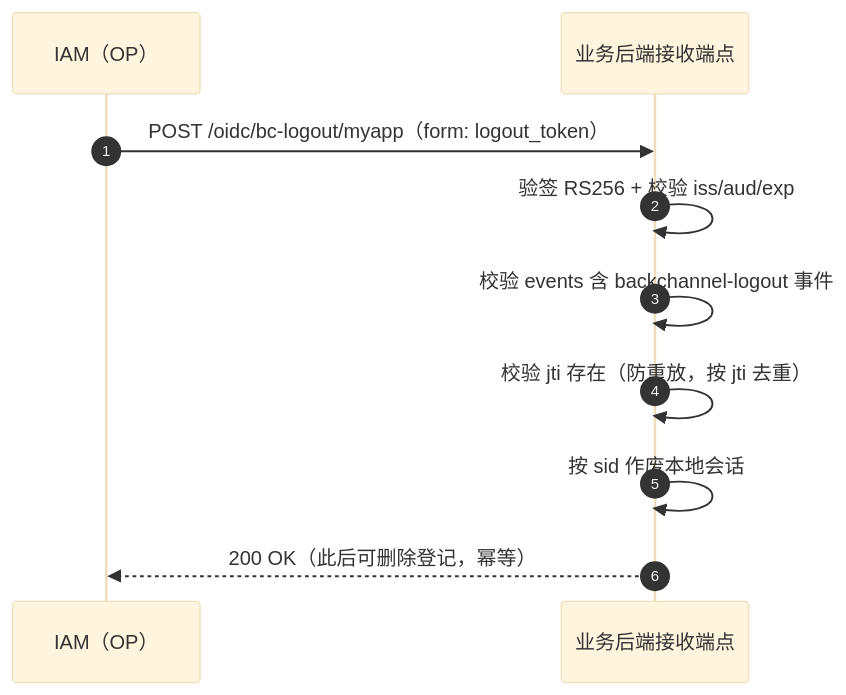
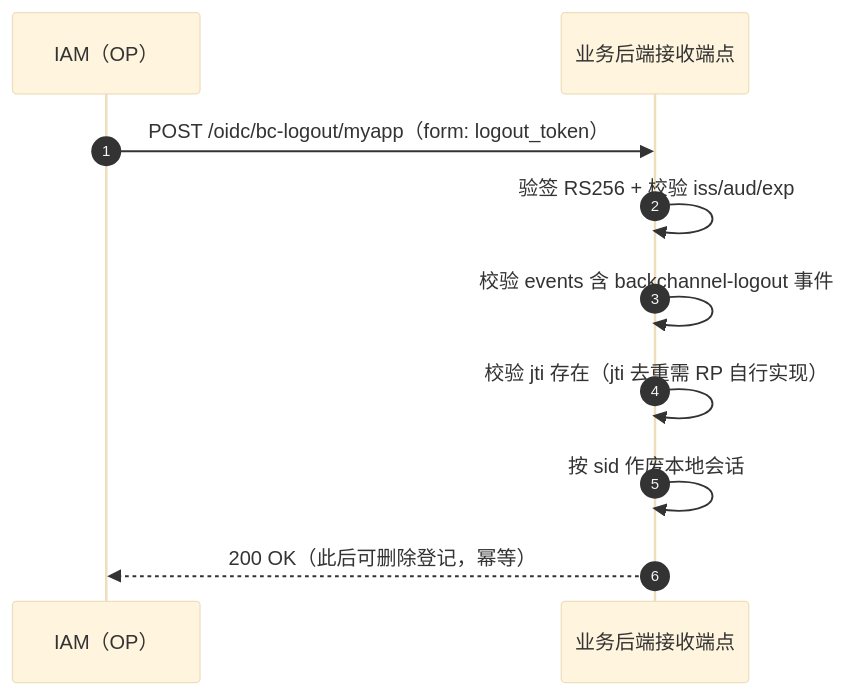
One commit to morehao/ark-iam changed the fourth of 5 diagrams in docs/design/application-integration-guide.md. Above: the diagram before and after it, drawn with Mermaid (base theme). The commit also changed other lines of this file and 100 other files, not shown here.

````diff
--- a/docs/design/application-integration-guide.md
+++ b/docs/design/application-integration-guide.md
@@ -323,13 +331,13 @@
 ```mermaid
 sequenceDiagram
     autonumber
     participant OP as IAM（OP）
     participant RP as 业务后端接收端点
 
     OP->>RP: POST /oidc/bc-logout/myapp（form: logout_token）
     RP->>RP: 验签 RS256 + 校验 iss/aud/exp
     RP->>RP: 校验 events 含 backchannel-logout 事件
-    RP->>RP: 校验 jti 存在（防重放，按 jti 去重）
+    RP->>RP: 校验 jti 存在（jti 去重需 RP 自行实现）
     RP->>RP: 按 sid 作废本地会话
     RP-->>OP: 200 OK（此后可删除登记，幂等）
 ```
````
